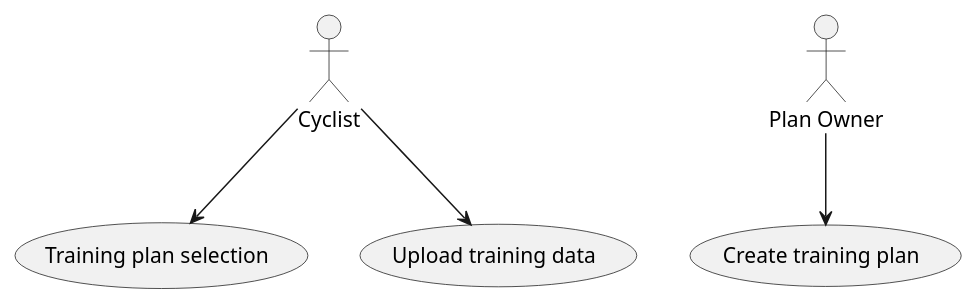
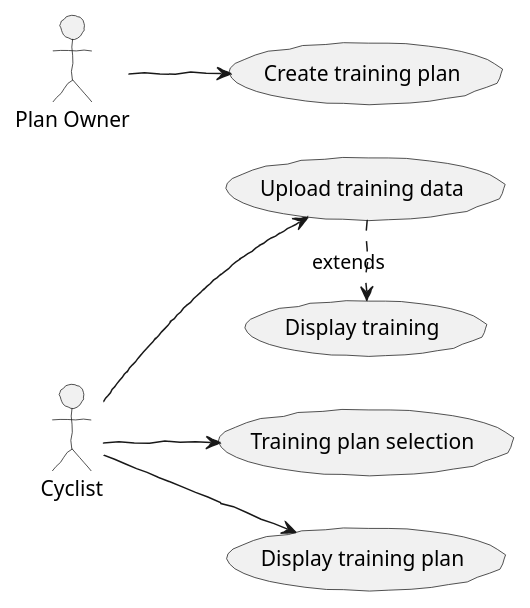
Before and after one commit to maciejmalecki/ciclismo: the diagram in doc/includes/_01_requirements.adoc, drawn with PlantUML. The commit also changed other lines of this file, not shown here.

```diff
--- a/doc/includes/_01_requirements.adoc
+++ b/doc/includes/_01_requirements.adoc
@@ -10,11 +10,17 @@
 [plantuml, actors, png]
 ....
+skinparam handwritten true
+left to right direction
 :Cyclist:
 :Plan Owner: as Trainer
 (Training plan selection) as UC01
-(Upload training data) as UC02
+(Display training plan) as UC02
+(Upload training data) as UC03
+(Display training) as UC04
 (Create training plan) as UC11
 :Cyclist: --> UC01
 :Cyclist: --> UC02
+:Cyclist: --> UC03
+UC03 .> UC04 : extends
 Trainer --> UC11
 ....
```
